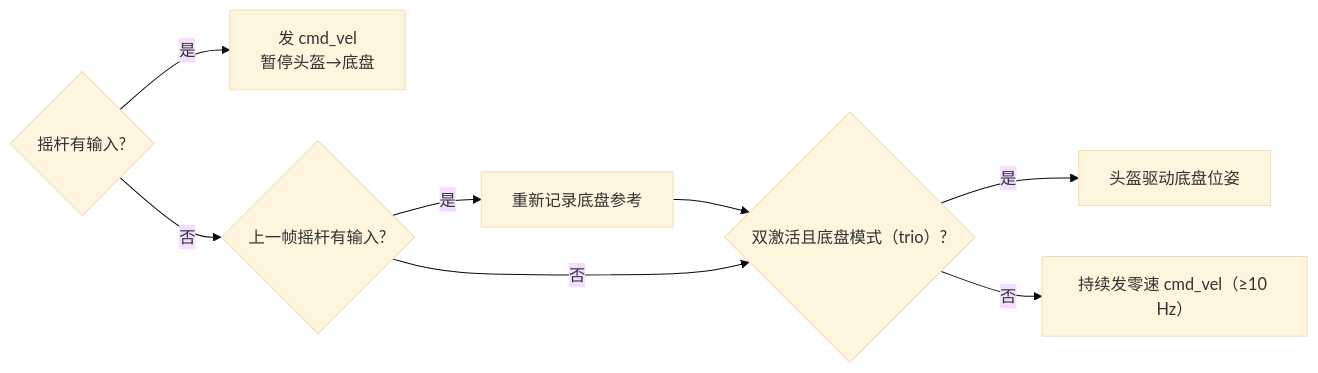
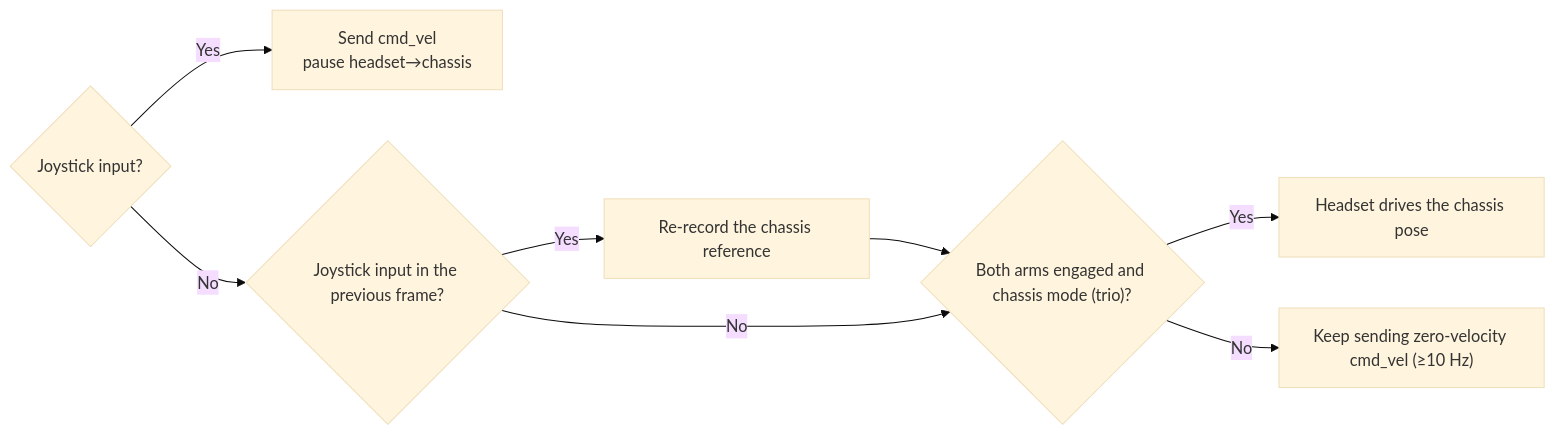
One commit to AgilexOpensource/lookie_ros changed the fourth of 6 diagrams in lookie_teleop/docs/vr_teleop_dev_design.md. Above: the diagram before and after it, drawn with Mermaid (base theme). The commit also changed other lines of this file and 11 other files, not shown here.

````diff
--- a/lookie_teleop/docs/vr_teleop_dev_design.md
+++ b/lookie_teleop/docs/vr_teleop_dev_design.md
@@ -211,9 +203,9 @@
 ```mermaid
 flowchart LR
-    S{摇杆有输入?} -- 是 --> J["发 cmd_vel<br/>暂停头盔→底盘"]
-    S -- 否 --> W{上一帧摇杆有输入?}
-    W -- 是 --> R["重新记录底盘参考"] --> H
-    W -- 否 --> H{"双激活且底盘模式（trio）?"}
-    H -- 是 --> P["头盔驱动底盘位姿"]
-    H -- 否 --> Z["持续发零速 cmd_vel（≥10 Hz）"]
+    S{"Joystick input?"} -- "Yes" --> J["Send cmd_vel<br/>pause headset→chassis"]
+    S -- "No" --> W{"Joystick input in the previous frame?"}
+    W -- "Yes" --> R["Re-record the chassis reference"] --> H
+    W -- "No" --> H{"Both arms engaged and chassis mode (trio)?"}
+    H -- "Yes" --> P["Headset drives the chassis pose"]
+    H -- "No" --> Z["Keep sending zero-velocity cmd_vel (≥10 Hz)"]
 ```
````
